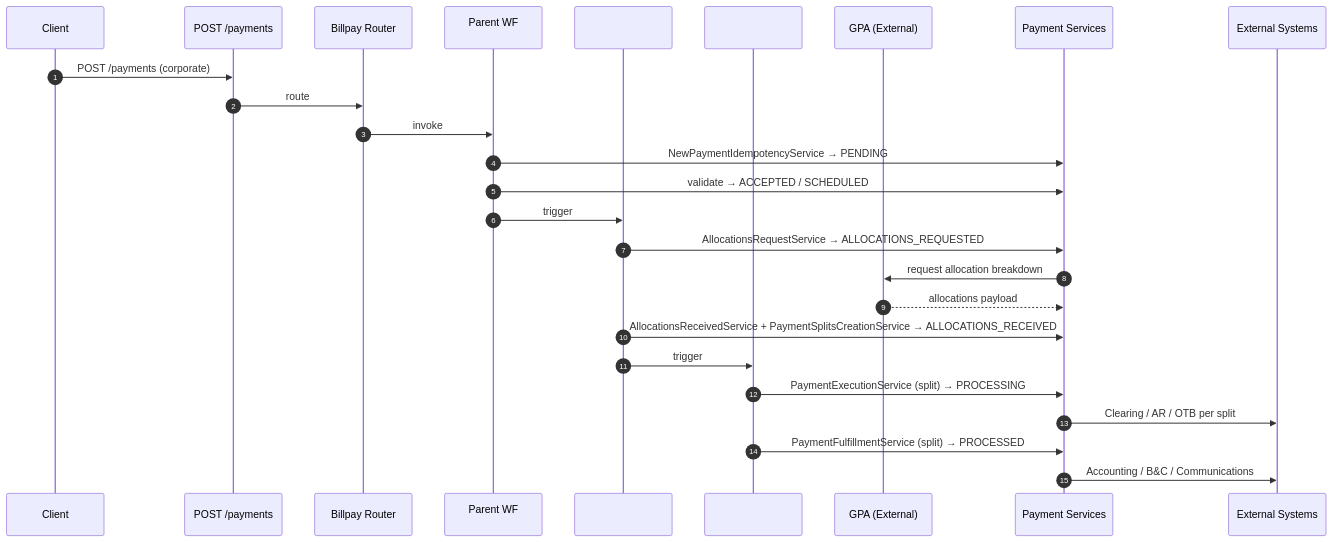
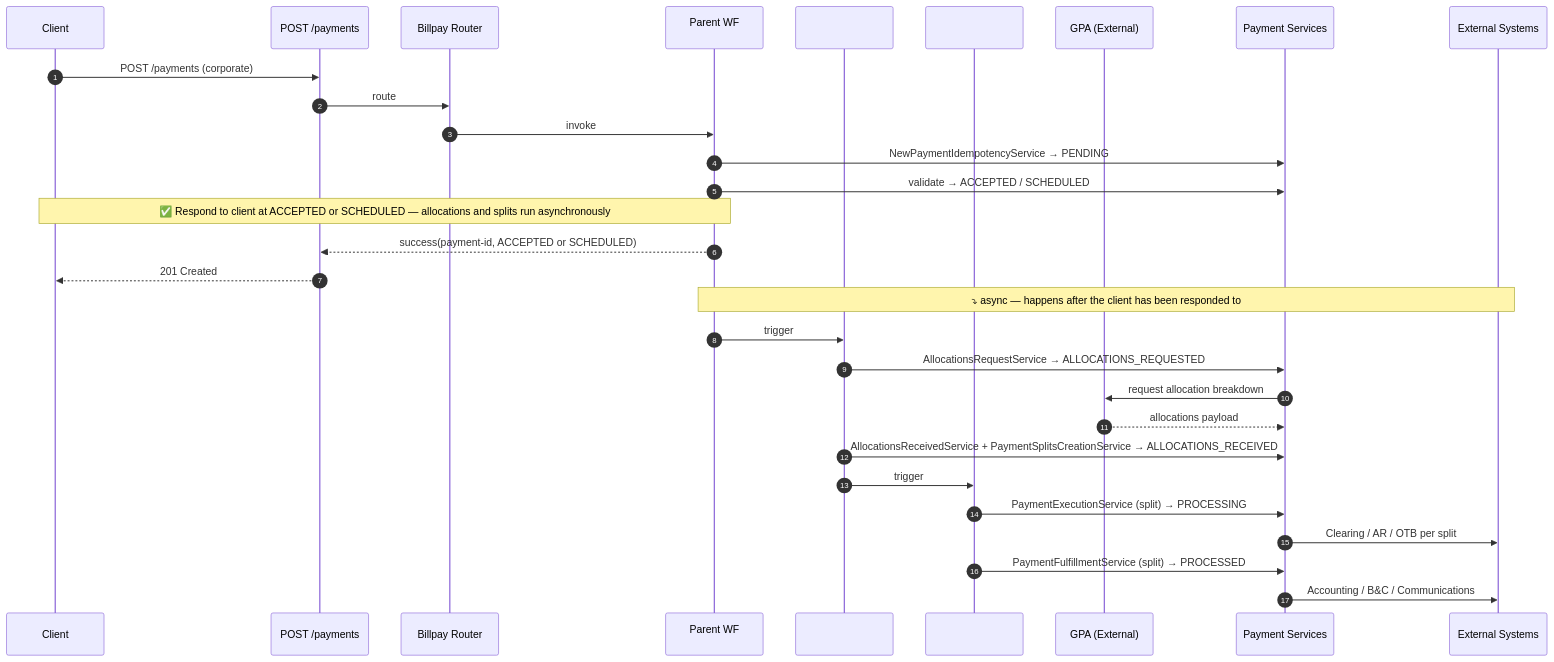
Before and after one commit to arunav-bhattacharya/billpay-docs: the third of 10 diagrams in docs/diagrams/sequence-diagrams.md, drawn with Mermaid. The commit also changed other lines of this file and 3 other files, not shown here.

Commit message:
Update configuration and documentation for payment processing flow

````diff
--- a/docs/diagrams/sequence-diagrams.md
+++ b/docs/diagrams/sequence-diagrams.md
@@ -105,31 +108,37 @@
 ```mermaid
 sequenceDiagram
   autonumber
   participant C as Client
   participant API as POST /payments
   participant R as Billpay Router
   participant P as Parent WF<br/>#CreateImmediatePaymentWF or<br/>#CreateSchedulePaymentWF
   participant GPA as #GetCorporatePaymentAllocationsWF (Batch)
   participant ESP as #ExecuteSplitPaymentWF (Batch)
   participant GPAext as GPA (External)
   participant SVC as Payment Services
   participant EXT as External Systems
 
   C->>API: POST /payments (corporate)
   API->>R: route
   R->>P: invoke
   P->>SVC: NewPaymentIdempotencyService → PENDING
   P->>SVC: validate → ACCEPTED / SCHEDULED
+
+  Note over C,P: ✅ Respond to client at ACCEPTED or SCHEDULED — allocations and splits run asynchronously
+  P-->>API: success(payment-id, ACCEPTED or SCHEDULED)
+  API-->>C: 201 Created
+
+  Note over P,EXT: ⤵ async — happens after the client has been responded to
+
   P->>GPA: trigger #GetCorporatePaymentAllocationsWF
-
   GPA->>SVC: AllocationsRequestService → ALLOCATIONS_REQUESTED
   SVC->>GPAext: request allocation breakdown
   GPAext-->>SVC: allocations payload
   GPA->>SVC: AllocationsReceivedService + PaymentSplitsCreationService → ALLOCATIONS_RECEIVED
 
-  GPA->>ESP: trigger #ExecuteSplitPaymentWF (per split)
+  GPA->>ESP: trigger #ExecuteSplitPaymentWF (per split, via Corporate Allocations Processor Schedule)
   ESP->>SVC: PaymentExecutionService (split) → PROCESSING
   SVC->>EXT: Clearing / AR / OTB per split
   ESP->>SVC: PaymentFulfillmentService (split) → PROCESSED
   SVC->>EXT: Accounting / B&C / Communications
 ```
````
